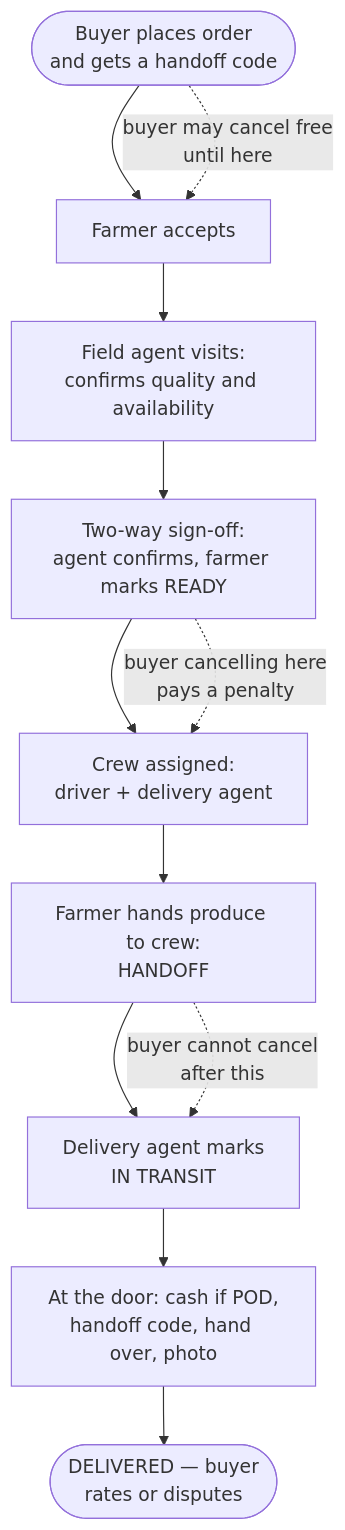
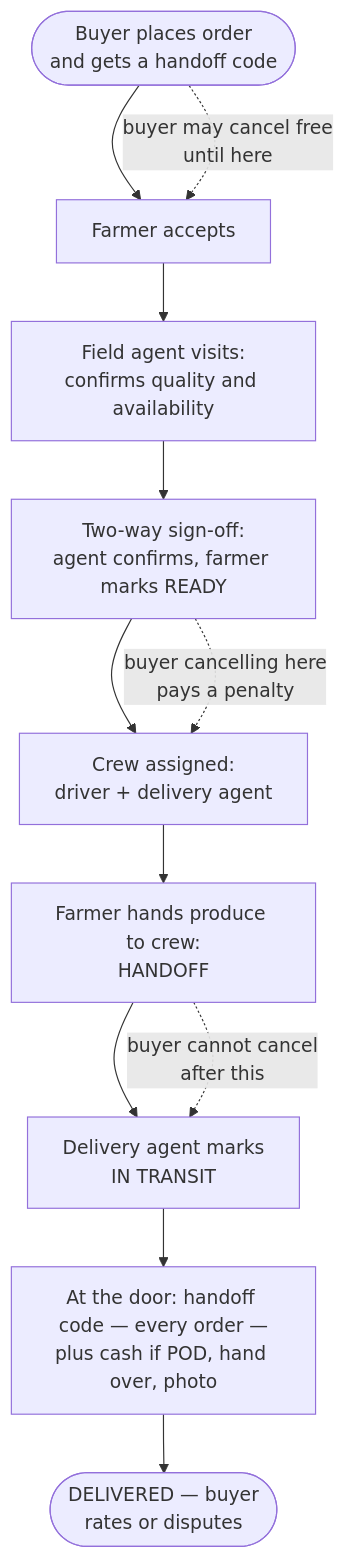
Before and after one commit to cropdoor/cropdoor-almanac: the diagram in docs/domain/order-delivery-flow-v2-questions.md, drawn with Mermaid. The commit also changed other lines of this file and 1 other file, not shown here.

First line of the commit message:
docs(domain): the handoff code applies to every order, online or POD

````diff
--- a/docs/domain/order-delivery-flow-v2-questions.md
+++ b/docs/domain/order-delivery-flow-v2-questions.md
@@ -11,15 +11,15 @@
 ```mermaid
 flowchart TD
     A([Buyer places order<br/>and gets a handoff code]) --> B[Farmer accepts]
     B --> C[Field agent visits:<br/>confirms quality and availability]
     C --> D[Two-way sign-off:<br/>agent confirms, farmer marks READY]
     D --> E[Crew assigned:<br/>driver + delivery agent]
     E --> F[Farmer hands produce to crew:<br/>HANDOFF]
     F --> G[Delivery agent marks<br/>IN TRANSIT]
-    G --> H[At the door: cash if POD,<br/>handoff code, hand over, photo]
+    G --> H[At the door: handoff code — every order —<br/>plus cash if POD, hand over, photo]
     H --> I([DELIVERED — buyer<br/>rates or disputes])
 
     A -. "buyer may cancel free<br/>until here" .-> B
     D -. "buyer cancelling here<br/>pays a penalty" .-> E
     F -. "buyer cannot cancel<br/>after this" .-> G
 ```
````
